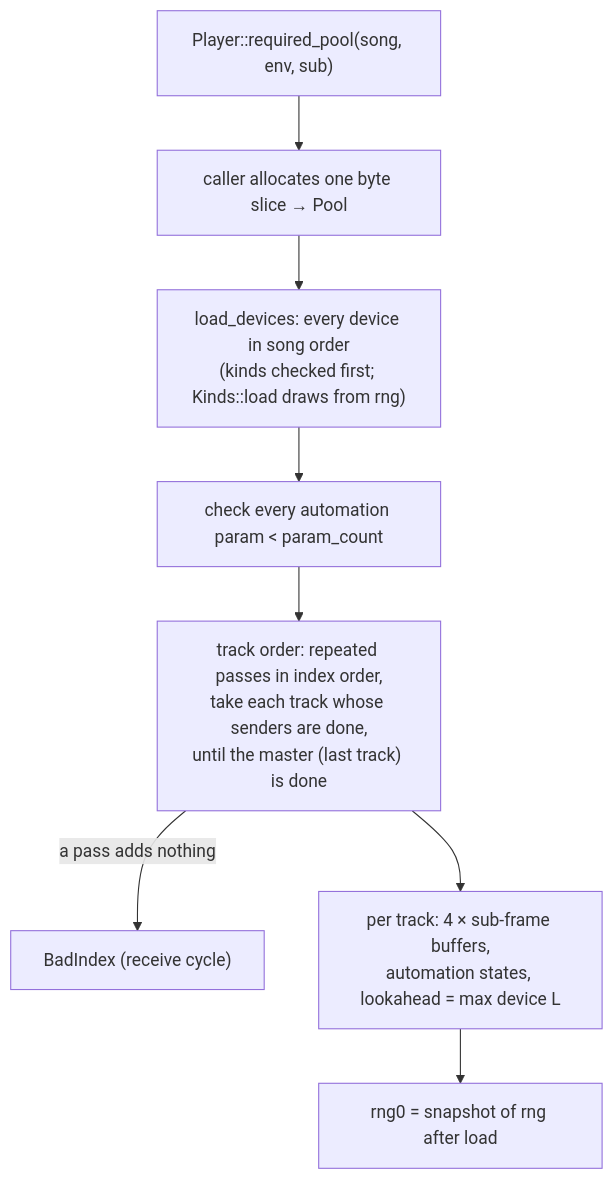
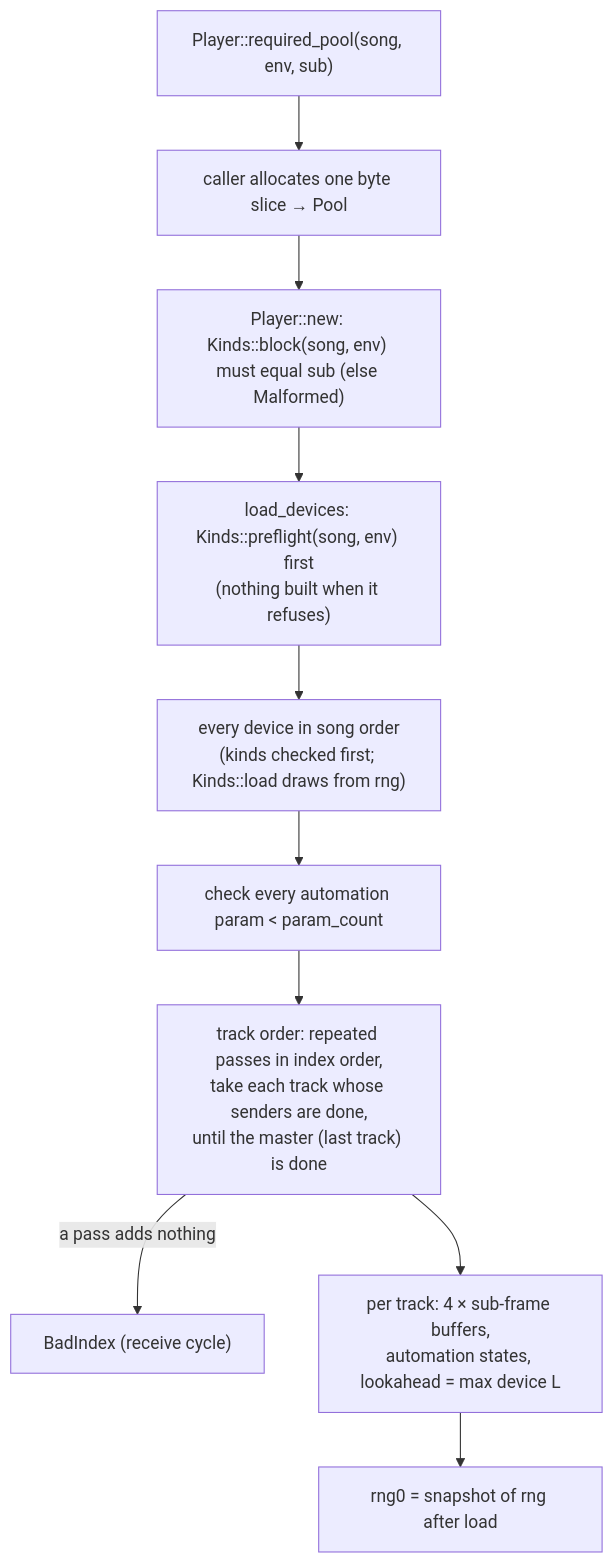
The sixth of 9 diagrams in docs/synth/synth-core.md (unisynth/unisynth), drawn with Mermaid before and after one commit. The commit also changed other lines of this file and 67 other files, not shown here.

First line of the commit message:
glorp: independent Glorp-song device subset on the player (GlorpDevice + song preflight)

````diff
--- a/docs/synth/synth-core.md
+++ b/docs/synth/synth-core.md
@@ -250,10 +278,12 @@
 ```mermaid
 flowchart TD
     A["Player::required_pool(song, env, sub)"] --> B["caller allocates one byte slice → Pool"]
-    B --> C["load_devices: every device in song order<br/>(kinds checked first; Kinds::load draws from rng)"]
+    B --> C0["Player::new: Kinds::block(song, env) must equal sub (else Malformed)"]
+    C0 --> C1["load_devices: Kinds::preflight(song, env) first<br/>(nothing built when it refuses)"]
+    C1 --> C["every device in song order<br/>(kinds checked first; Kinds::load draws from rng)"]
     C --> D["check every automation param < param_count"]
     D --> E["track order: repeated passes in index order,<br/>take each track whose senders are done,<br/>until the master (last track) is done"]
     E -->|"a pass adds nothing"| X["BadIndex (receive cycle)"]
     E --> F["per track: 4 × sub-frame buffers,<br/>automation states, lookahead = max device L"]
     F --> G["rng0 = snapshot of rng after load"]
 ```
````
